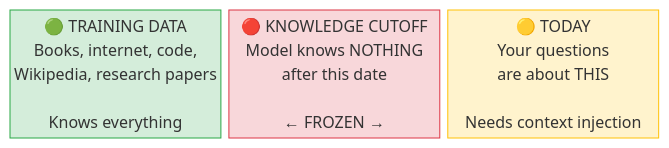
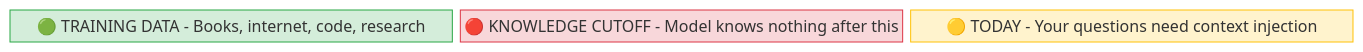
The first of 4 diagrams in docs/01-prompt-engineering-to-context-engineering.md (ithinktavo/GenAI-Engineering-Handbook), drawn with Mermaid before and after one commit. The commit also changed other lines of this file and 9 other files, not shown here.

First line of the commit message:
Fix Mermaid rendering: remove emoji from subgraph titles and unsupported syntax

````diff
--- a/docs/01-prompt-engineering-to-context-engineering.md
+++ b/docs/01-prompt-engineering-to-context-engineering.md
@@ -150,11 +150,11 @@
 ```mermaid
 block-beta
     columns 3
-    A["🟢 TRAINING DATA\nBooks, internet, code,\nWikipedia, research papers\n\nKnows everything"]:1
-    B["🔴 KNOWLEDGE CUTOFF\nModel knows NOTHING\nafter this date\n\n← FROZEN →"]:1
-    C["🟡 TODAY\nYour questions\nare about THIS\n\nNeeds context injection"]:1
+    A["🟢 TRAINING DATA - Books, internet, code, research"]:1
+    B["🔴 KNOWLEDGE CUTOFF - Model knows nothing after this"]:1
+    C["🟡 TODAY - Your questions need context injection"]:1
 
     style A fill:#d4edda,stroke:#28a745
     style B fill:#f8d7da,stroke:#dc3545
     style C fill:#fff3cd,stroke:#ffc107
 ```
````
